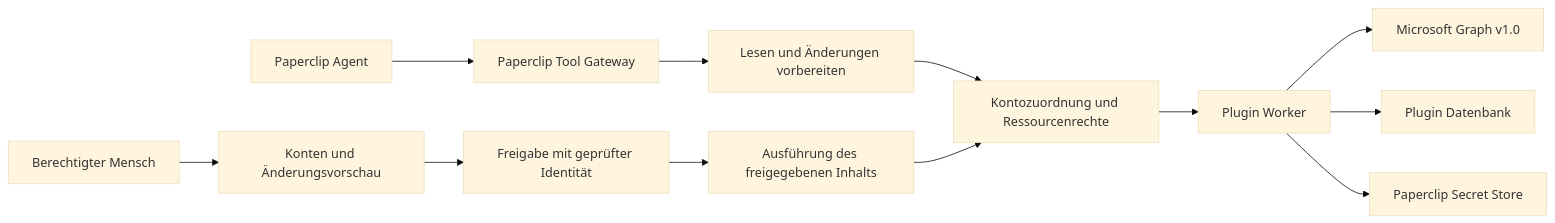
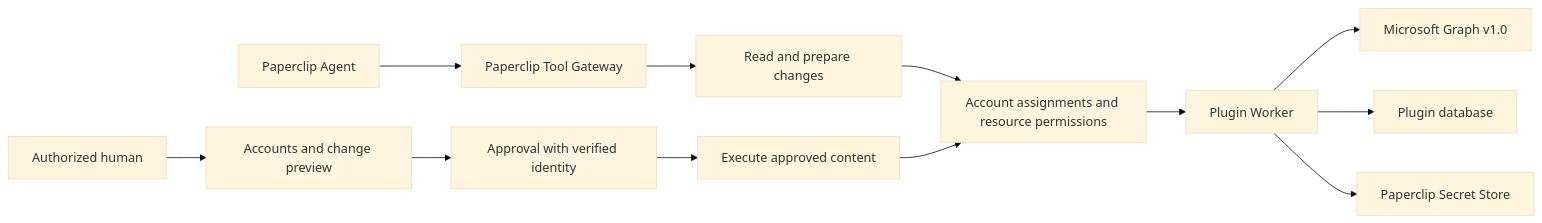
The first of 2 diagrams in docs/plans/2026-11-15-m365-plugin.md (srahmel/paperclip-m365), drawn with Mermaid (base theme) before and after one commit. The commit also changed other lines of this file and 6 other files, not shown here.

````diff
--- a/docs/plans/2026-11-15-m365-plugin.md
+++ b/docs/plans/2026-11-15-m365-plugin.md
@@ -38,14 +38,14 @@
 ```mermaid
 flowchart LR
     Agent[Paperclip Agent] --> Gateway[Paperclip Tool Gateway]
-    Gateway --> Tools[Lesen und Änderungen vorbereiten]
-    Tools --> Policy[Kontozuordnung und Ressourcenrechte]
+    Gateway --> Tools[Read and prepare changes]
+    Tools --> Policy[Account assignments and resource permissions]
     Policy --> Worker[Plugin Worker]
-    Human[Berechtigter Mensch] --> UI[Konten und Änderungsvorschau]
-    UI --> Approval[Freigabe mit geprüfter Identität]
-    Approval --> Executor[Ausführung des freigegebenen Inhalts]
+    Human[Authorized human] --> UI[Accounts and change preview]
+    UI --> Approval[Approval with verified identity]
+    Approval --> Executor[Execute approved content]
     Executor --> Policy
     Worker --> Graph[Microsoft Graph v1.0]
-    Worker --> DB[Plugin Datenbank]
+    Worker --> DB[Plugin database]
     Worker --> Secrets[Paperclip Secret Store]
 ```
````
